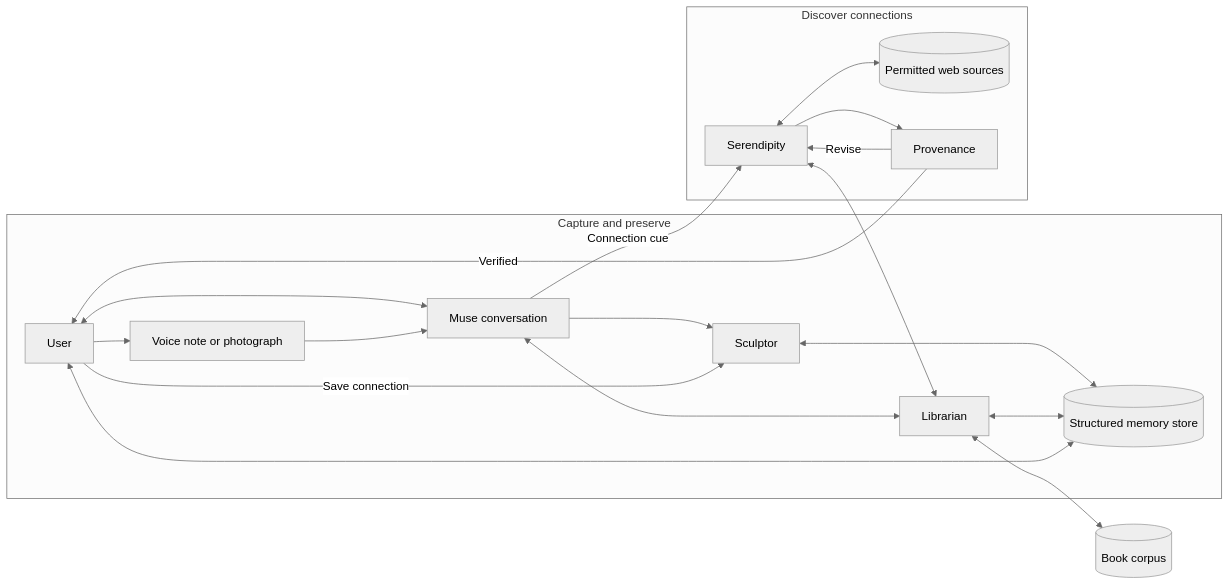
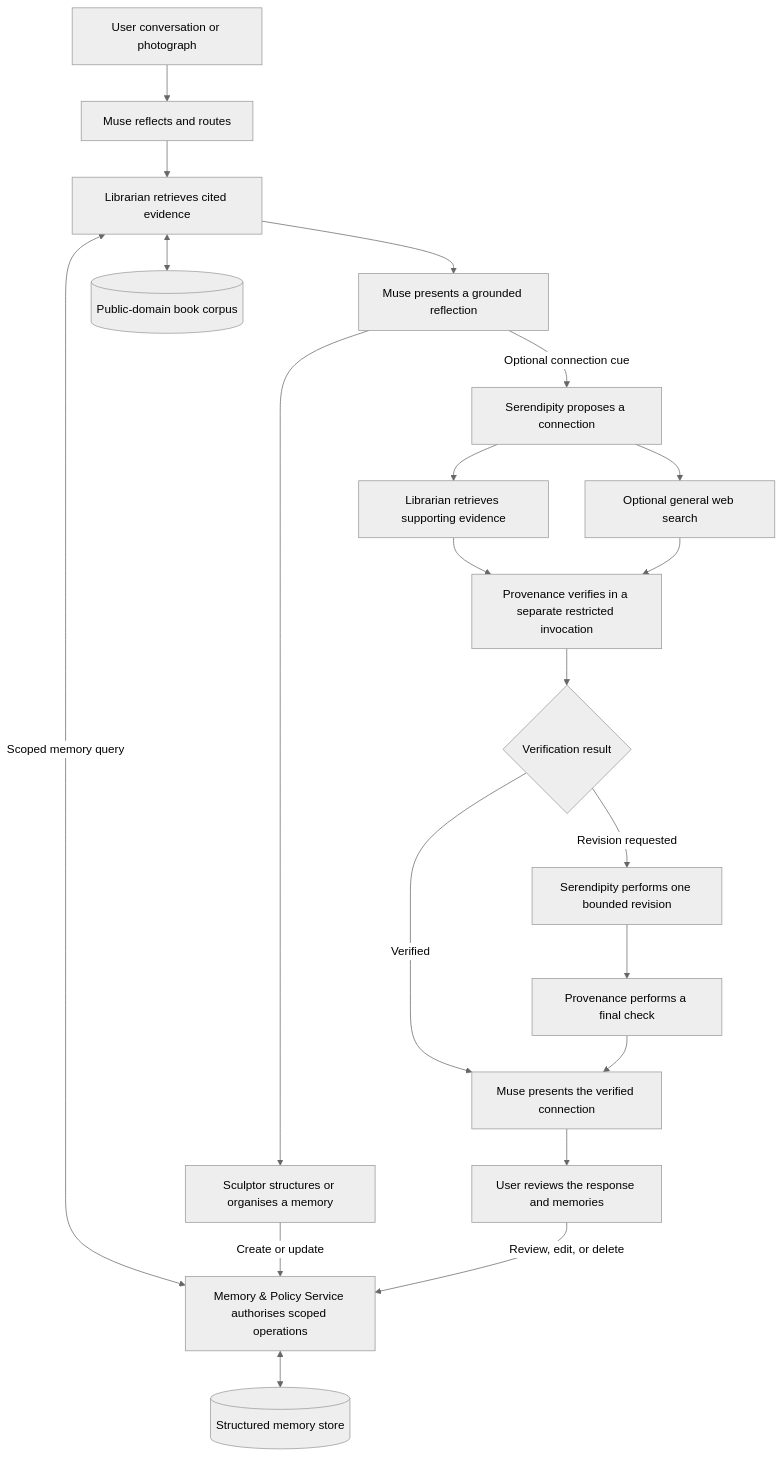
The diagram in proposal.md (DesmondChoy/linger), drawn with Mermaid (neutral theme) before and after one commit. The commit also changed other lines of this file, not shown here.

````diff
--- a/proposal.md
+++ b/proposal.md
@@ -64,25 +68,35 @@
 ```mermaid
-flowchart LR
-    subgraph Capture["Capture and preserve"]
-        U[User] <--> M[Muse conversation]
-        U --> I[Voice note or photograph]
-        I --> M
-        M <--> L[Librarian]
-        M --> SC[Sculptor]
-        SC <--> D[(Structured memory store)]
-        D <--> U
-    end
+flowchart TB
+    U1[User conversation or photograph]
+    M1[Muse reflects and routes]
+    L[Librarian retrieves cited evidence]
+    G[Muse presents a grounded reflection]
+    SC[Sculptor structures or organises a memory]
+    MP[Memory & Policy Service authorises scoped operations]
+    D[(Structured memory store)]
+    SE[Serendipity proposes a connection]
+    LE[Librarian retrieves supporting evidence]
+    WS[Optional general web search]
+    PV[Provenance verifies in a separate restricted invocation]
+    VR{Verification result}
+    RV[Serendipity performs one bounded revision]
+    PV2[Provenance performs a final check]
+    M2[Muse presents the verified connection]
+    U2[User reviews the response and memories]
+    C[(Public-domain book corpus)]
 
-    L <--> C[(Book corpus)]
-    L <--> D
+    U1 --> M1 --> L --> G
+    L <--> C
+    L <-->|Scoped memory query| MP
+    G --> SC -->|Create or update| MP
+    MP <--> D
 
-    subgraph Reconnect["Discover connections"]
-        M -- Connection cue --> SE[Serendipity]
-        SE <--> L
-        SE <--> W[(Permitted web sources)]
-        SE --> P2[Provenance]
-        P2 -- Revise --> SE
-        P2 -- Verified --> U
-        U -- Save connection --> SC
-    end
+    G -->|Optional connection cue| SE
+    SE --> LE --> PV
+    SE --> WS --> PV
+    PV --> VR
+    VR -->|Verified| M2
+    VR -->|Revision requested| RV --> PV2 --> M2
+    M2 --> U2
+    U2 -->|Review, edit, or delete| MP
 ```
````
